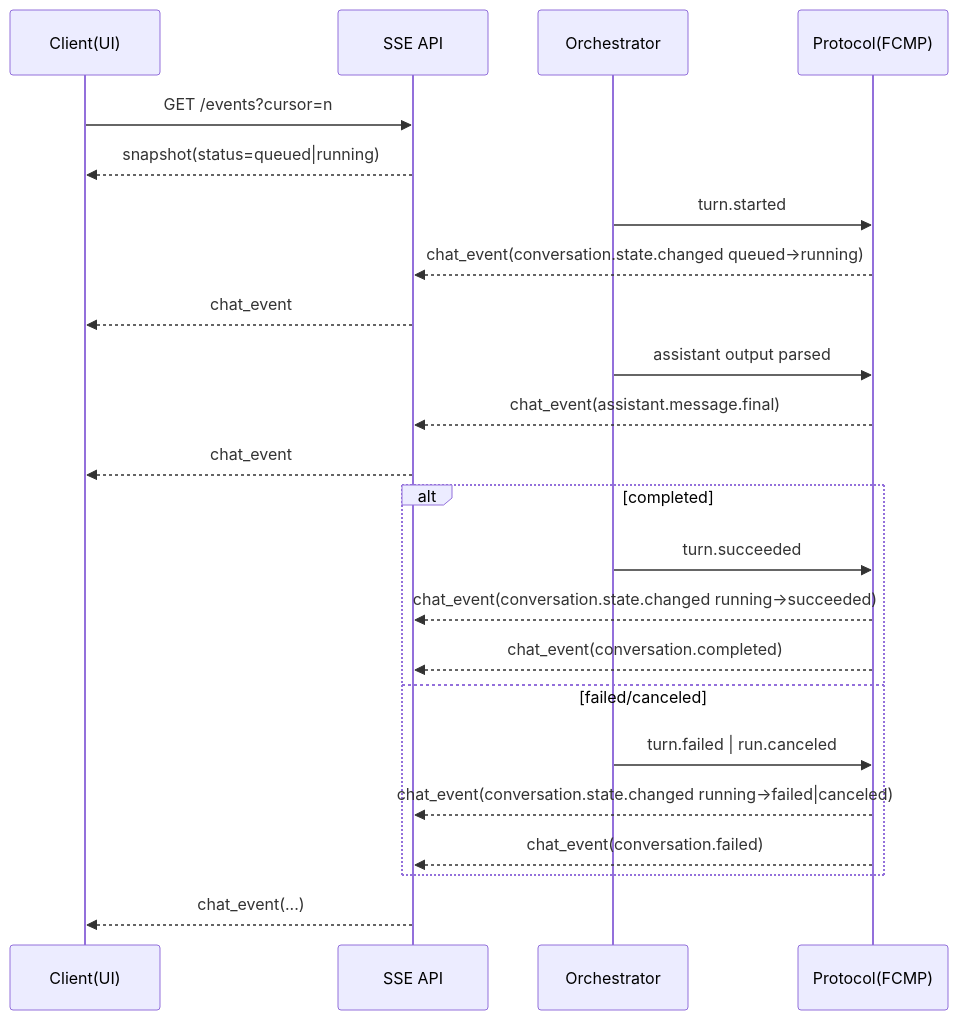
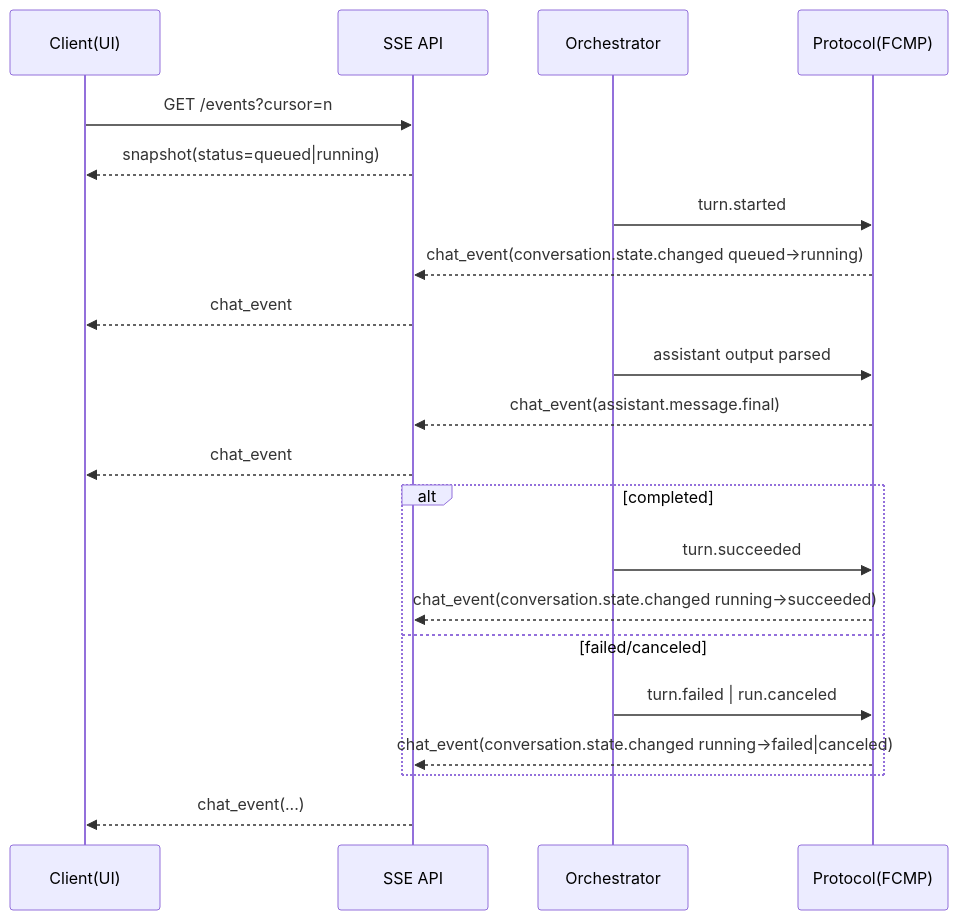
One commit to leike0813/Skill-Runner changed the first of 10 diagrams in docs/session_event_flow_sequence_fcmp.md. Above: the diagram before and after it, drawn with Mermaid. The commit also changed other lines of this file and 459 other files, not shown here.

````diff
--- a/docs/session_event_flow_sequence_fcmp.md
+++ b/docs/session_event_flow_sequence_fcmp.md
@@ -9,26 +28,24 @@
 ```mermaid
 sequenceDiagram
     participant C as Client(UI)
     participant API as SSE API
     participant O as Orchestrator
     participant P as Protocol(FCMP)
 
     C->>API: GET /events?cursor=n
     API-->>C: snapshot(status=queued|running)
     O->>P: turn.started
     P-->>API: chat_event(conversation.state.changed queued->running)
     API-->>C: chat_event
     O->>P: assistant output parsed
     P-->>API: chat_event(assistant.message.final)
     API-->>C: chat_event
     alt completed
       O->>P: turn.succeeded
       P-->>API: chat_event(conversation.state.changed running->succeeded)
-      P-->>API: chat_event(conversation.completed)
     else failed/canceled
       O->>P: turn.failed | run.canceled
       P-->>API: chat_event(conversation.state.changed running->failed|canceled)
-      P-->>API: chat_event(conversation.failed)
     end
     API-->>C: chat_event(...)
 ```
````
